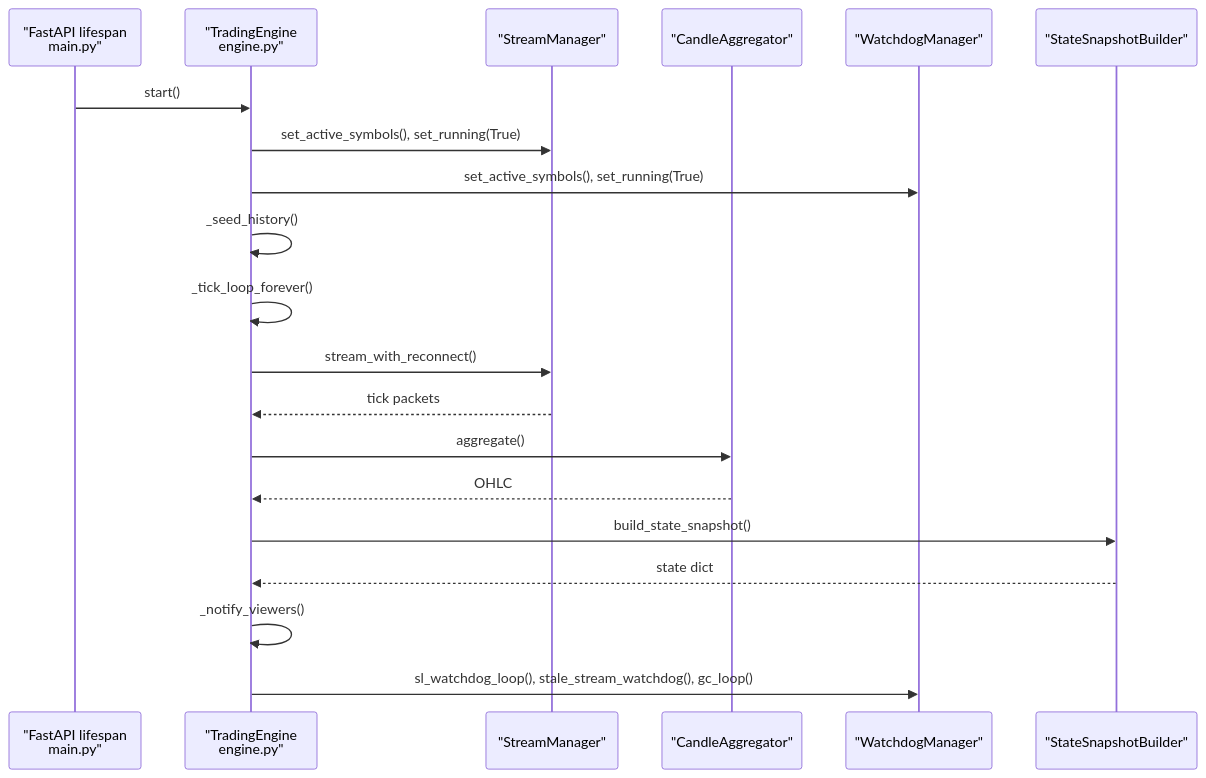
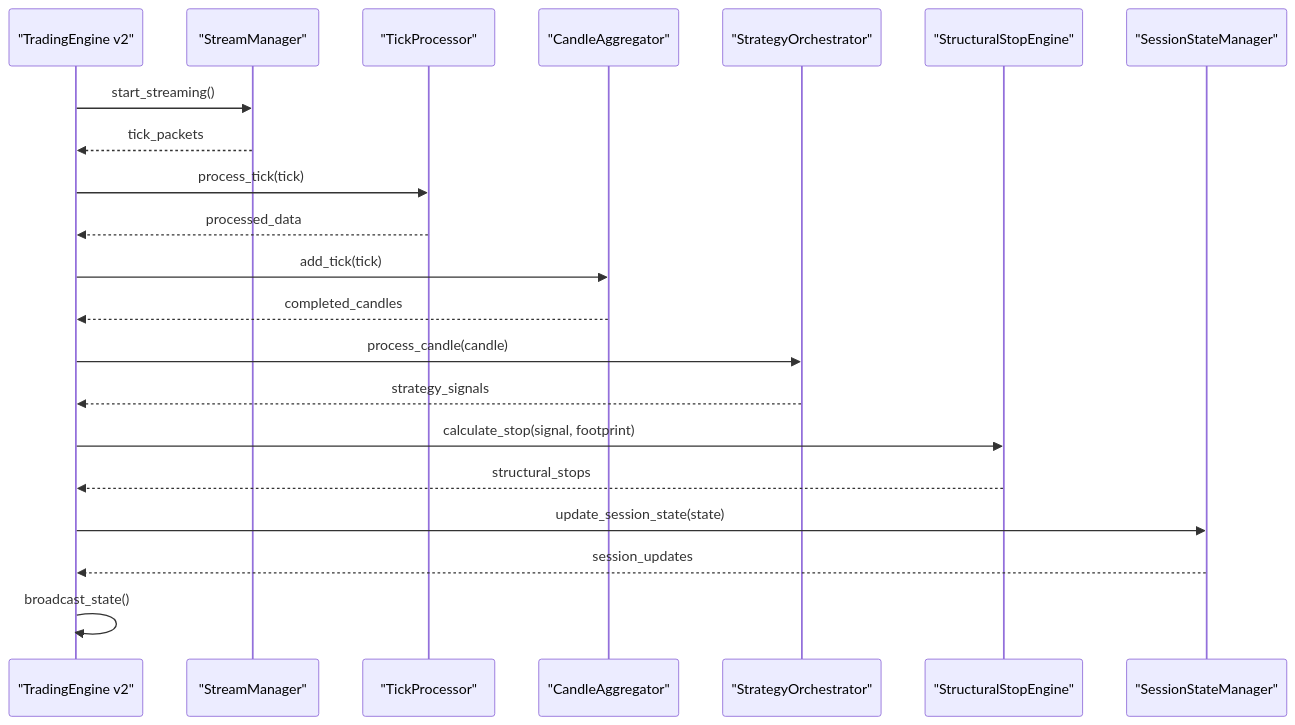
One commit to gemrajkhatry-maker/v5-of-glassytrade-ai changed the second of 5 diagrams in .qoder/repowiki/en/content/Backend Application/Core Services/Trading Engine.md. Above: the diagram before and after it, drawn with Mermaid. The commit also changed other lines of this file and 930 other files, not shown here.

````diff
--- a/.qoder/repowiki/en/content/Backend Application/Core Services/Trading Engine.md
+++ b/.qoder/repowiki/en/content/Backend Application/Core Services/Trading Engine.md
@@ -104,22 +208,23 @@
 ```mermaid
 sequenceDiagram
-participant Lifespan as "FastAPI lifespan<br/>main.py"
-participant Engine as "TradingEngine<br/>engine.py"
+participant TE as "TradingEngine v2"
 participant SM as "StreamManager"
+participant TP as "TickProcessor"
 participant CA as "CandleAggregator"
-participant WD as "WatchdogManager"
-participant SS as "StateSnapshotBuilder"
-Lifespan->>Engine : start()
-Engine->>SM : set_active_symbols(), set_running(True)
-Engine->>WD : set_active_symbols(), set_running(True)
-Engine->>Engine : _seed_history()
-Engine->>Engine : _tick_loop_forever()
-Engine->>SM : stream_with_reconnect()
-SM-->>Engine : tick packets
-Engine->>CA : aggregate()
-CA-->>Engine : OHLC
-Engine->>SS : build_state_snapshot()
-SS-->>Engine : state dict
-Engine->>Engine : _notify_viewers()
-Engine->>WD : sl_watchdog_loop(), stale_stream_watchdog(), gc_loop()
+participant ORCH as "StrategyOrchestrator"
+participant SSE as "StructuralStopEngine"
+participant SSM as "SessionStateManager"
+TE->>SM : start_streaming()
+SM-->>TE : tick_packets
+TE->>TP : process_tick(tick)
+TP-->>TE : processed_data
+TE->>CA : add_tick(tick)
+CA-->>TE : completed_candles
+TE->>ORCH : process_candle(candle)
+ORCH-->>TE : strategy_signals
+TE->>SSE : calculate_stop(signal, footprint)
+SSE-->>TE : structural_stops
+TE->>SSM : update_session_state(state)
+SSM-->>TE : session_updates
+TE->>TE : broadcast_state()
 ```
````
